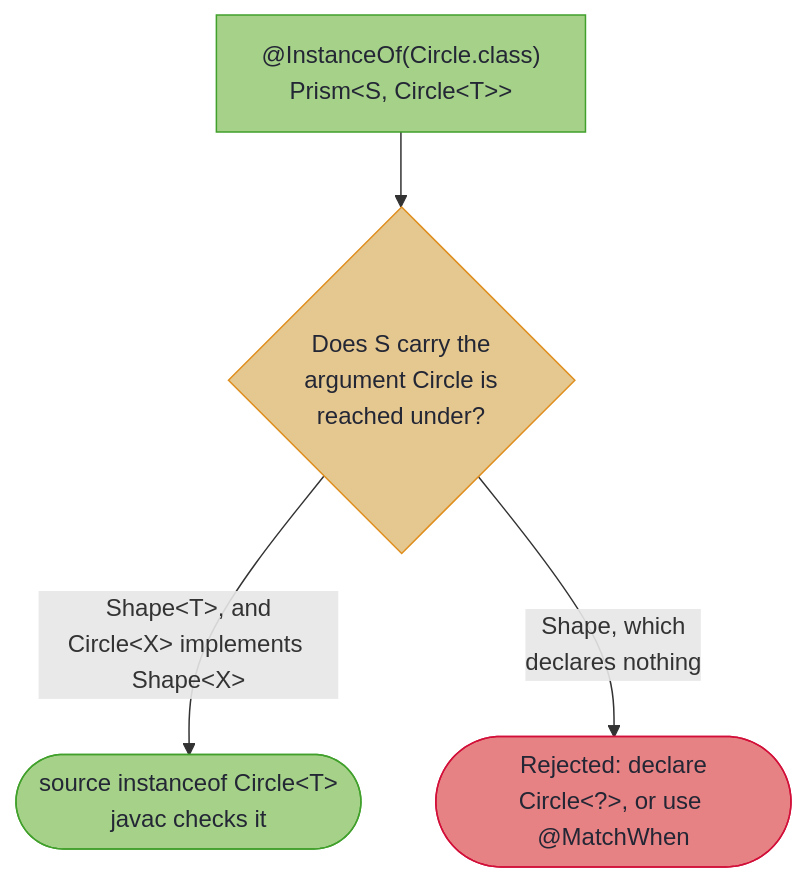
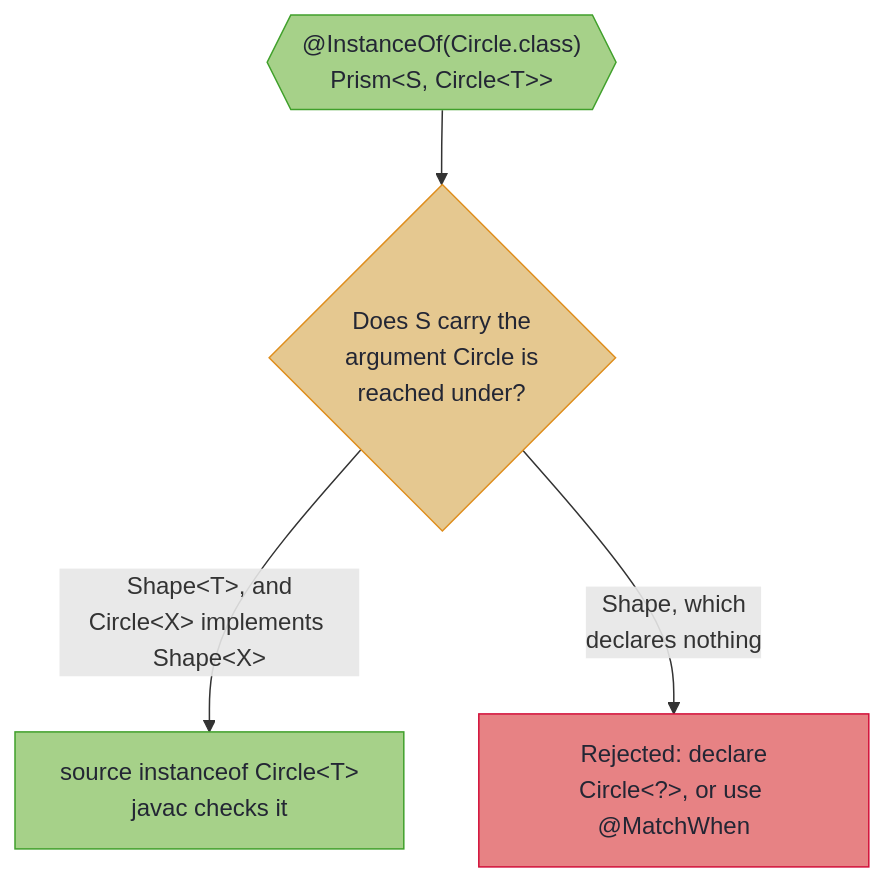
Before and after one commit to higher-kinded-j/higher-kinded-j: the diagram in hkj-book/src/optics/optics_spec_interfaces.md, drawn with Mermaid. The commit also changed 24 other files, not shown here.

````diff
--- a/hkj-book/src/optics/optics_spec_interfaces.md
+++ b/hkj-book/src/optics/optics_spec_interfaces.md
@@ -182,14 +182,17 @@
 ```mermaid
 flowchart TD
-    T["@InstanceOf(Circle.class)<br/>Prism&lt;S, Circle&lt;T&gt;&gt;"] --> Q{"Does S carry the<br/>argument Circle is<br/>reached under?"}
-    Q -->|"Shape&lt;T&gt;, and<br/>Circle&lt;X&gt; implements Shape&lt;X&gt;"| P(["source instanceof Circle&lt;T&gt;<br/>javac checks it"])
-    Q -->|"Shape, which<br/>declares nothing"| E(["Rejected: declare<br/>Circle&lt;?&gt;, or use @MatchWhen"])
+    accTitle: When a parameterised prism target is allowed
+    accDescr: An InstanceOf prism onto Circle of T is accepted when the source S carries the argument Circle is reached under, as Shape of T does when Circle of X implements Shape of X, and javac then checks the test. When S is a Shape that declares nothing, it is rejected: declare Circle of a wildcard, or use MatchWhen.
+    T@{ shape: hex, label: "@InstanceOf(Circle.class)<br/>Prism&lt;S, Circle&lt;T&gt;&gt;" } --> Q{"Does S carry the<br/>argument Circle is<br/>reached under?"}
+    Q -->|"Shape&lt;T&gt;, and<br/>Circle&lt;X&gt; implements Shape&lt;X&gt;"| P["source instanceof Circle&lt;T&gt;<br/>javac checks it"]
+    Q -->|"Shape, which<br/>declares nothing"| E["Rejected: declare<br/>Circle&lt;?&gt;, or use @MatchWhen"]
 
     classDef decision fill:#e5c890,stroke:#df8e1d,color:#232634
+    classDef rw fill:#a6d189,stroke:#40a02b,color:#232634
     classDef tier fill:#a6d189,stroke:#40a02b,color:#232634
     classDef error fill:#e78284,stroke:#d20f39,color:#232634
-    class T tier
+    class T rw
     class Q decision
     class P tier
     class E error
 ```
````
